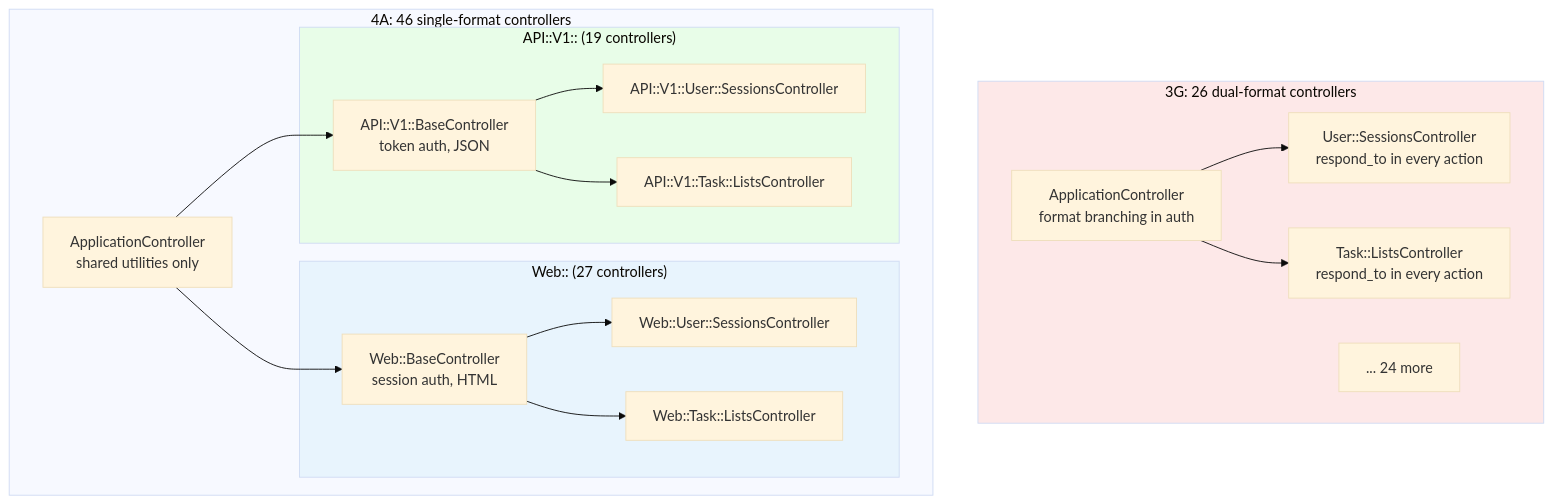
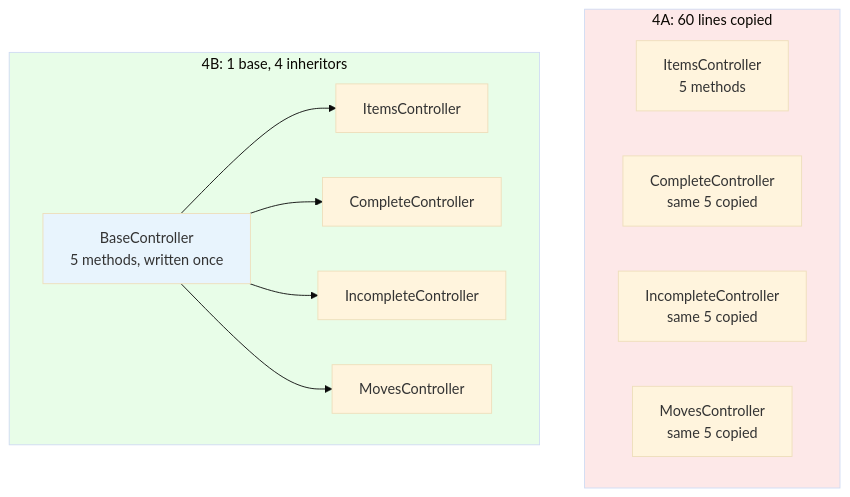
The second of 2 diagrams in README.md (railswhey/app), drawn with Mermaid (base theme) before and after one commit. The commit also changed other lines of this file and 20 other files, not shown here.

Commit message:
4B: Reducing controller duplication with base controllers and concerns

````diff
--- a/README.md
+++ b/README.md
@@ -233,38 +144,26 @@
 ```mermaid
 flowchart TD
-  subgraph Before["3G: 26 dual-format controllers"]
-    AC[ApplicationController<br/>format branching in auth]
-    SC[User::SessionsController<br/>respond_to in every action]
-    TC[Task::ListsController<br/>respond_to in every action]
-    OC["... 24 more"]
+  subgraph Before["4A: 60 lines copied"]
+    WI[ItemsController<br/>5 methods]
+    WC[CompleteController<br/>same 5 copied]
+    WIN[IncompleteController<br/>same 5 copied]
+    WM[MovesController<br/>same 5 copied]
   end
 
-  subgraph After["4A: 46 single-format controllers"]
-    AAC[ApplicationController<br/>shared utilities only]
-
-    subgraph Web["Web:: (27 controllers)"]
-      WBC[Web::BaseController<br/>session auth, HTML]
-      WSC[Web::User::SessionsController]
-      WTC[Web::Task::ListsController]
-    end
-
-    subgraph API["API::V1:: (19 controllers)"]
-      ABC[API::V1::BaseController<br/>token auth, JSON]
-      ASC[API::V1::User::SessionsController]
-      ATC[API::V1::Task::ListsController]
-    end
+  subgraph After["4B: 1 base, 4 inheritors"]
+    BC["BaseController<br/>5 methods, written once"]
+    WI2[ItemsController]
+    WC2[CompleteController]
+    WIN2[IncompleteController]
+    WM2[MovesController]
   end
 
-  AC --> SC
-  AC --> TC
-  AAC --> WBC
-  AAC --> ABC
-  WBC --> WSC
-  WBC --> WTC
-  ABC --> ASC
-  ABC --> ATC
+  BC --> WI2
+  BC --> WC2
+  BC --> WIN2
+  BC --> WM2
 
   style Before fill:#fde8e8
-  style Web fill:#e8f4fd
-  style API fill:#e8fde8
+  style After fill:#e8fde8
+  style BC fill:#e8f4fd
 ```
````
